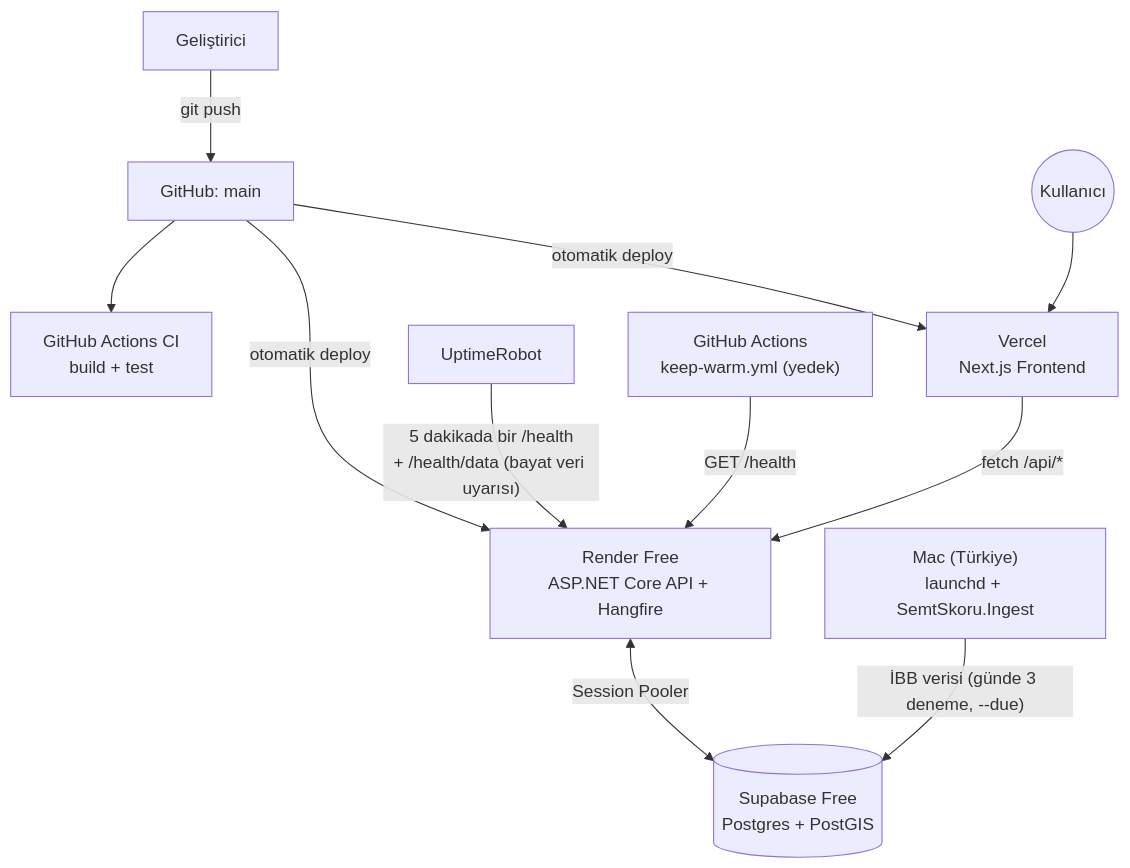
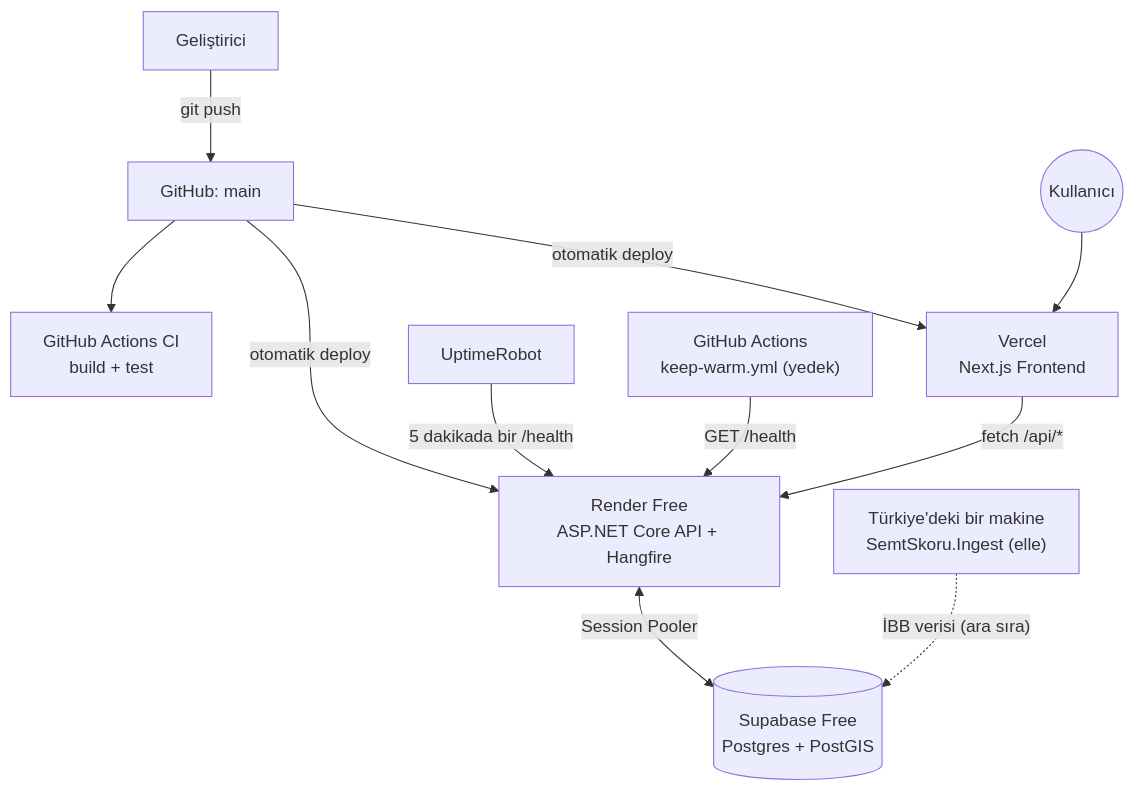
Before and after one commit to mehmetoya/SemtSkoru: the second of 2 diagrams in README.md, drawn with Mermaid. The commit also changed other lines of this file and 1 other file, not shown here.

First line of the commit message:
docs: production has no automatic İBB ingestion; document manual one-off refresh (#9)

````diff
--- a/README.md
+++ b/README.md
@@ -183,13 +183,13 @@
 ```mermaid
 flowchart TB
     DEV["Geliştirici"] -->|"git push"| GH["GitHub: main"]
     GH --> CI["GitHub Actions CI<br/>build + test"]
     GH -->|"otomatik deploy"| VERCEL["Vercel<br/>Next.js Frontend"]
     GH -->|"otomatik deploy"| RENDER["Render Free<br/>ASP.NET Core API + Hangfire"]
     RENDER <-->|"Session Pooler"| SUPABASE[("Supabase Free<br/>Postgres + PostGIS")]
-    UPTIME["UptimeRobot"] -->|"5 dakikada bir /health<br/>+ /health/data (bayat veri uyarısı)"| RENDER
+    UPTIME["UptimeRobot"] -->|"5 dakikada bir /health"| RENDER
     CRON["GitHub Actions<br/>keep-warm.yml (yedek)"] -->|"GET /health"| RENDER
-    MAC["Mac (Türkiye)<br/>launchd + SemtSkoru.Ingest"] -->|"İBB verisi (günde 3 deneme, --due)"| SUPABASE
+    MAC["Türkiye'deki bir makine<br/>SemtSkoru.Ingest (elle)"] -.->|"İBB verisi (ara sıra)"| SUPABASE
     VERCEL -->|"fetch /api/*"| RENDER
     KULLANICI((Kullanıcı)) --> VERCEL
 ```
````
